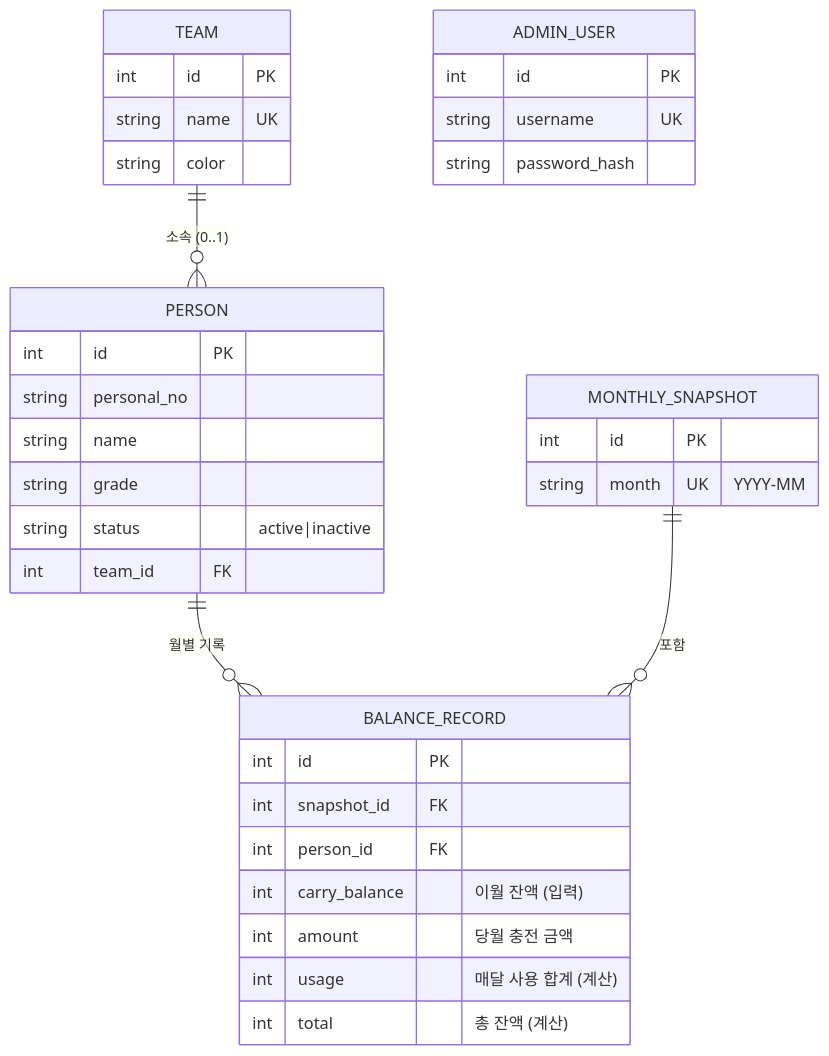
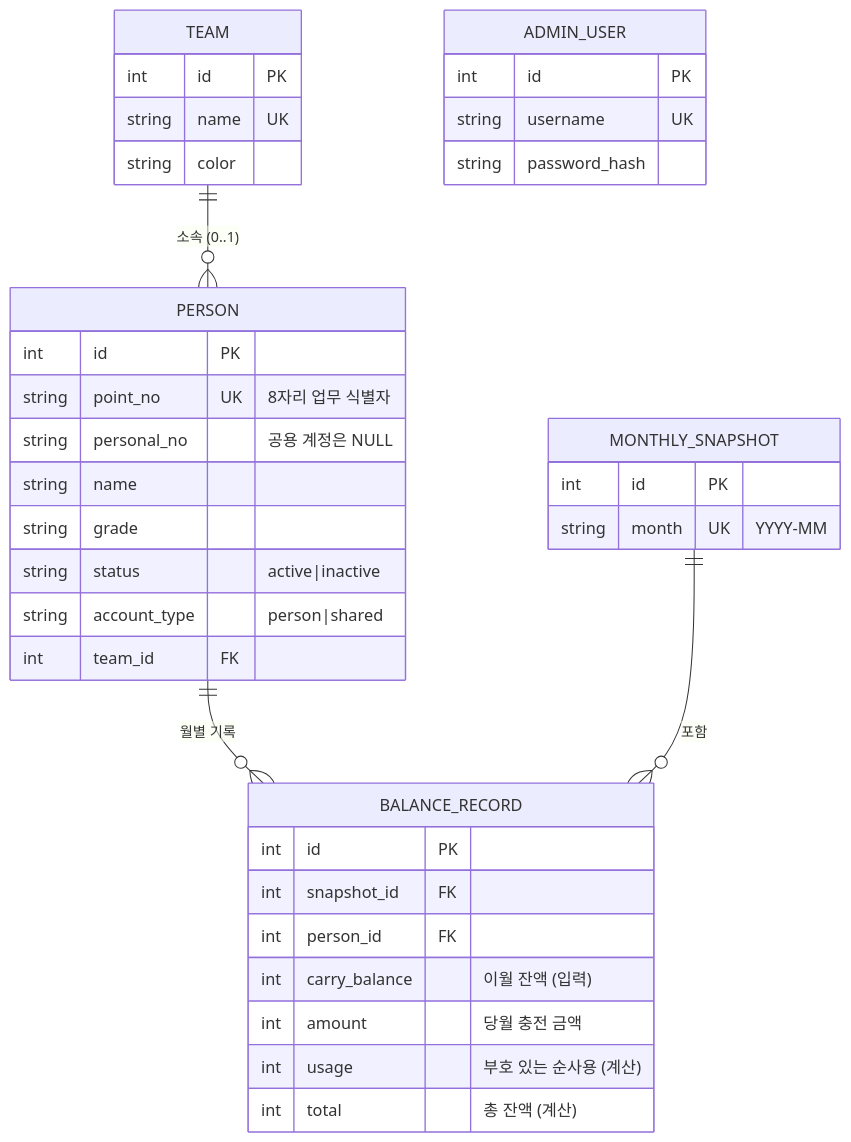
Before and after one commit to jihoon22-lee/PointBook: the second of 9 diagrams in docs/architecture.md, drawn with Mermaid. The commit also changed other lines of this file and 53 other files, not shown here.

````diff
--- a/docs/architecture.md
+++ b/docs/architecture.md
@@ -85,37 +88,39 @@
 ```mermaid
 erDiagram
     TEAM ||--o{ PERSON : "소속 (0..1)"
     PERSON ||--o{ BALANCE_RECORD : "월별 기록"
     MONTHLY_SNAPSHOT ||--o{ BALANCE_RECORD : "포함"
     ADMIN_USER {
         int id PK
         string username UK
         string password_hash
     }
     TEAM {
         int id PK
         string name UK
         string color
     }
     PERSON {
         int id PK
-        string personal_no
+        string point_no UK "8자리 업무 식별자"
+        string personal_no "공용 계정은 NULL"
         string name
         string grade
         string status "active|inactive"
+        string account_type "person|shared"
         int team_id FK
     }
     MONTHLY_SNAPSHOT {
         int id PK
         string month UK "YYYY-MM"
     }
     BALANCE_RECORD {
         int id PK
         int snapshot_id FK
         int person_id FK
         int carry_balance "이월 잔액 (입력)"
         int amount "당월 충전 금액"
-        int usage "매달 사용 합계 (계산)"
+        int usage "부호 있는 순사용 (계산)"
         int total "총 잔액 (계산)"
     }
 ```
````
